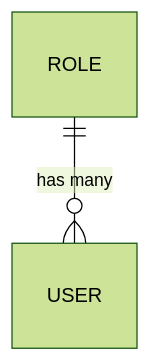
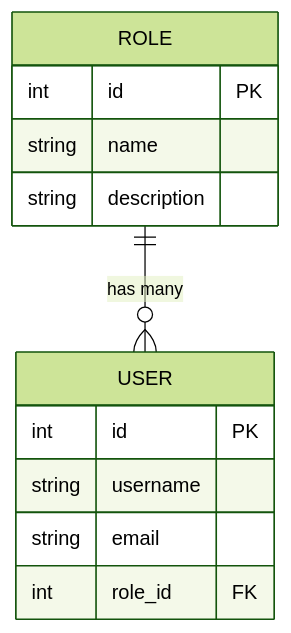
Before and after one commit to detnsw-sydtech/High-Security-Flask-PWA-Repo-Template: the first of 3 diagrams in docs/architecture/erd-vs-models-side-by-side.md, drawn with Mermaid (forest theme). The commit also changed other lines of this file, not shown here.

````diff
--- a/docs/architecture/erd-vs-models-side-by-side.md
+++ b/docs/architecture/erd-vs-models-side-by-side.md
@@ -26,4 +26,17 @@
 ```mermaid
 erDiagram
-  ROLE ||--o{ USER : "has many"
+    ROLE ||--o{ USER : "has many"
+
+    ROLE {
+        int id PK
+        string name
+        string description
+    }
+
+    USER {
+        int id PK
+        string username
+        string email
+        int role_id FK
+    }
 ```
````
